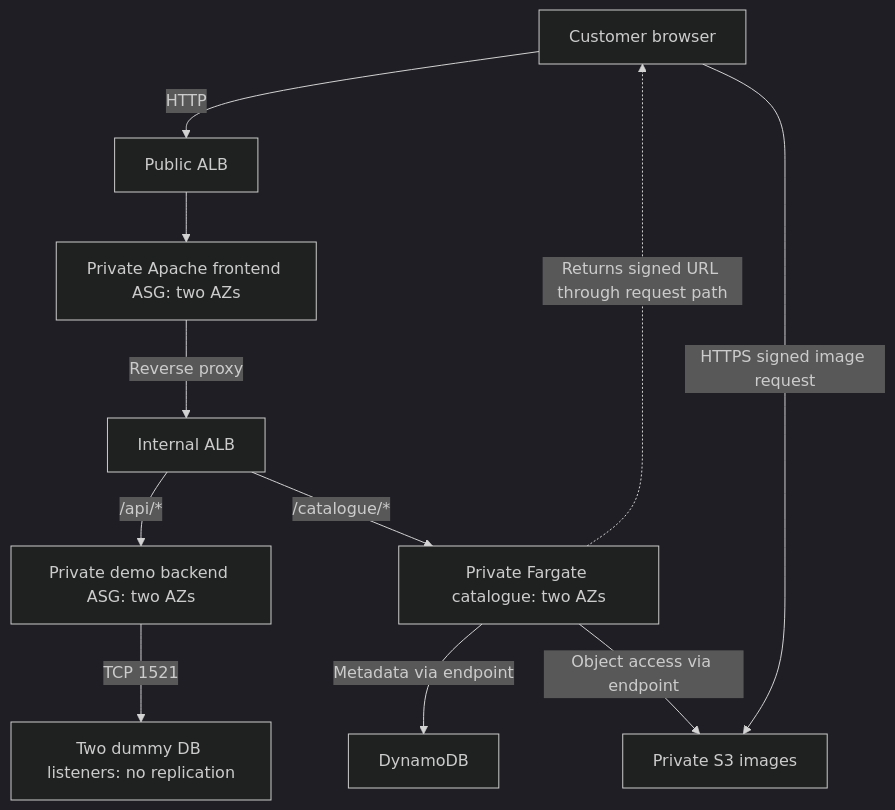
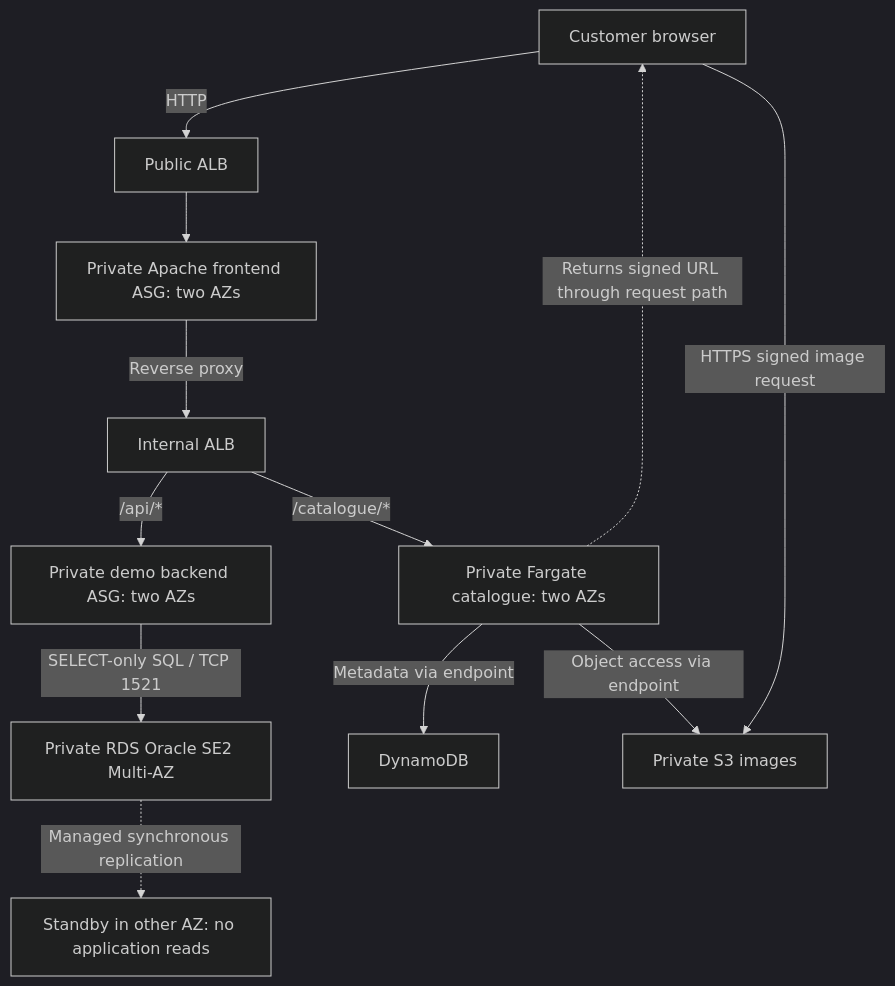
One commit to Nlhmmh/uoa-infosys735-anygroupllc-group-project changed the diagram in Presentation_and_Slide_Content.md. Above: the diagram before and after it, drawn with Mermaid (dark theme). The commit also changed other lines of this file and 36 other files, not shown here.

````diff
--- a/Presentation_and_Slide_Content.md
+++ b/Presentation_and_Slide_Content.md
@@ -466,13 +467,14 @@
 ```mermaid
 flowchart TD
     Browser[Customer browser] -->|HTTP| PublicALB[Public ALB]
     PublicALB --> Frontend[Private Apache frontend ASG: two AZs]
     Frontend -->|Reverse proxy| InternalALB[Internal ALB]
     InternalALB -->|/api/*| Backend[Private demo backend ASG: two AZs]
-    Backend -->|TCP 1521| DB[Two dummy DB listeners: no replication]
+    Backend -->|SELECT-only SQL / TCP 1521| DB[Private RDS Oracle SE2 Multi-AZ]
+    DB -.->|Managed synchronous replication| Standby[Standby in other AZ: no application reads]
     InternalALB -->|/catalogue/*| Catalogue[Private Fargate catalogue: two AZs]
     Catalogue -->|Metadata via endpoint| DynamoDB[DynamoDB]
     Catalogue -->|Object access via endpoint| S3[Private S3 images]
     Catalogue -.->|Returns signed URL through request path| Browser
     Browser -->|HTTPS signed image request| S3
 ```
````
